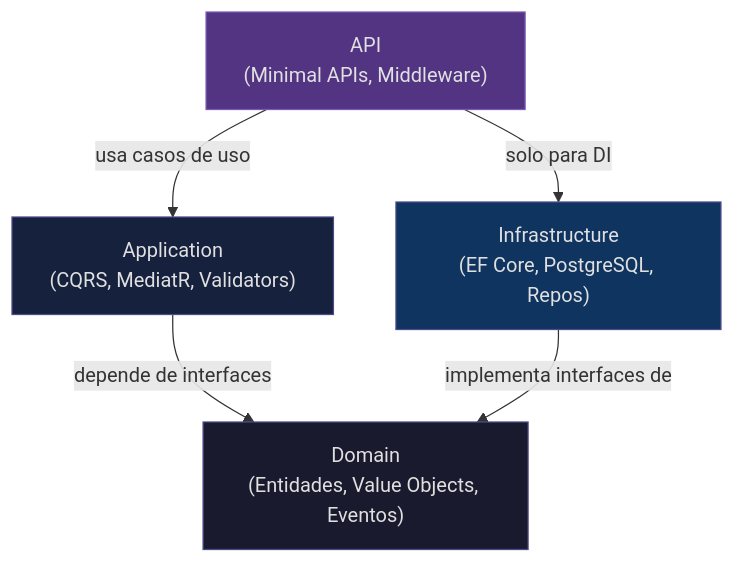
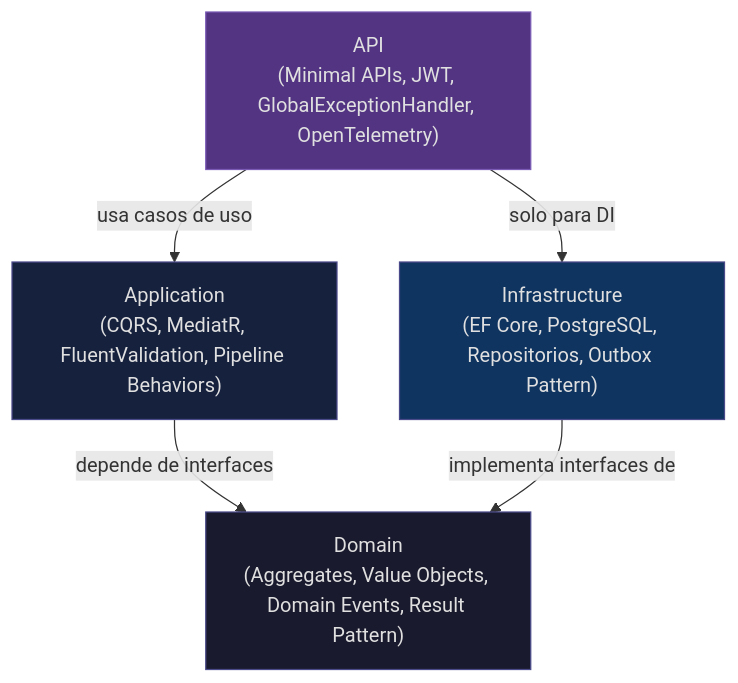
The first of 2 diagrams in README.md (alejandroachinelli/nexa-learn), drawn with Mermaid before and after one commit. The commit also changed other lines of this file, not shown here.

````diff
--- a/README.md
+++ b/README.md
@@ -24,17 +30,17 @@
 ```mermaid
 graph TD
-    API["API<br/>(Minimal APIs, Middleware)"]
-    APP["Application<br/>(CQRS, MediatR, Validators)"]
-    DOM["Domain<br/>(Entidades, Value Objects, Eventos)"]
-    INF["Infrastructure<br/>(EF Core, PostgreSQL, Repos)"]
+    API["API<br/>(Minimal APIs, JWT, GlobalExceptionHandler, OpenTelemetry)"]
+    APP["Application<br/>(CQRS, MediatR, FluentValidation, Pipeline Behaviors)"]
+    DOM["Domain<br/>(Aggregates, Value Objects, Domain Events, Result Pattern)"]
+    INF["Infrastructure<br/>(EF Core, PostgreSQL, Repositorios, Outbox Pattern)"]
 
     API -->|"usa casos de uso"| APP
     APP -->|"depende de interfaces"| DOM
     INF -->|"implementa interfaces de"| DOM
     API -->|"solo para DI"| INF
 
     style DOM fill:#1a1a2e,color:#e0e0e0,stroke:#4a4a8a
     style APP fill:#16213e,color:#e0e0e0,stroke:#4a4a8a
     style INF fill:#0f3460,color:#e0e0e0,stroke:#4a4a8a
     style API fill:#533483,color:#e0e0e0,stroke:#7a5ab5
 ```
````
